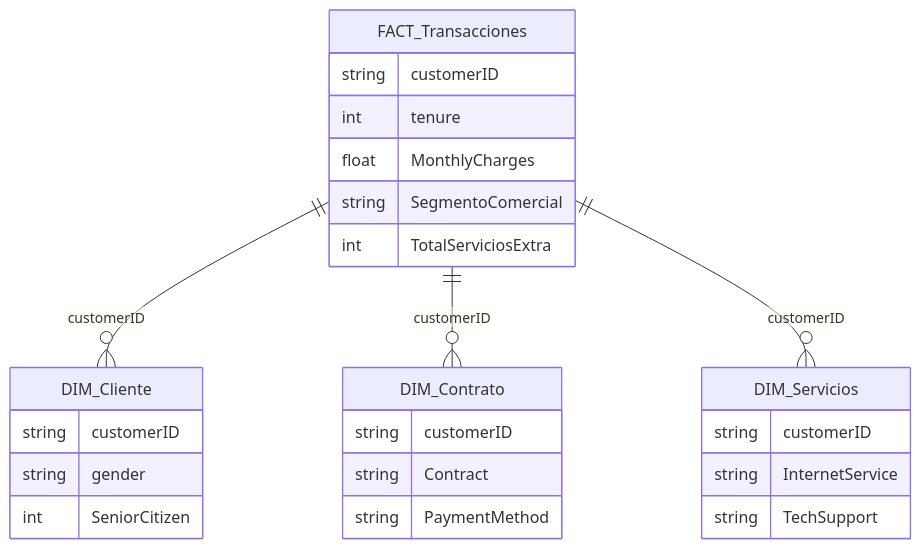
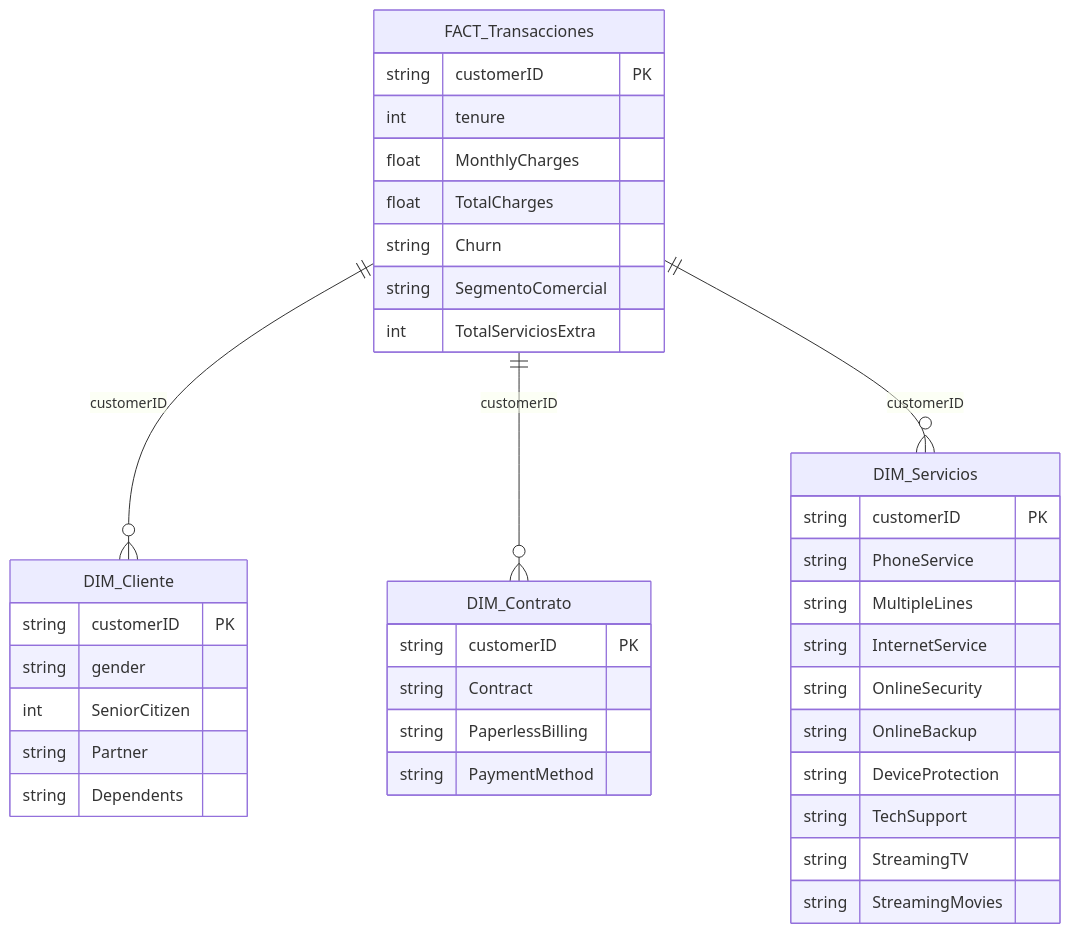
One commit to YsaacSalvatierra99/telco-customer-churn-sql-powerbi changed the diagram in sql/ETL_v1.md. Above: the diagram before and after it, drawn with Mermaid. The commit also changed other lines of this file, not shown here.

````diff
--- a/sql/ETL_v1.md
+++ b/sql/ETL_v1.md
@@ -8,29 +8,41 @@
 ```mermaid
 erDiagram
     FACT_Transacciones ||--o{ DIM_Cliente : "customerID"
     FACT_Transacciones ||--o{ DIM_Contrato : "customerID"
     FACT_Transacciones ||--o{ DIM_Servicios : "customerID"
 
     FACT_Transacciones {
-        string customerID
+        string customerID PK
         int tenure
         float MonthlyCharges
+        float TotalCharges
+        string Churn
         string SegmentoComercial
         int TotalServiciosExtra
     }
     DIM_Cliente {
-        string customerID
+        string customerID PK
         string gender
         int SeniorCitizen
+        string Partner
+        string Dependents
     }
     DIM_Contrato {
-        string customerID
+        string customerID PK
         string Contract
+        string PaperlessBilling
         string PaymentMethod
     }
     DIM_Servicios {
-        string customerID
+        string customerID PK
+        string PhoneService
+        string MultipleLines
         string InternetService
+        string OnlineSecurity
+        string OnlineBackup
+        string DeviceProtection
         string TechSupport
+        string StreamingTV
+        string StreamingMovies
     }
 ```
````
